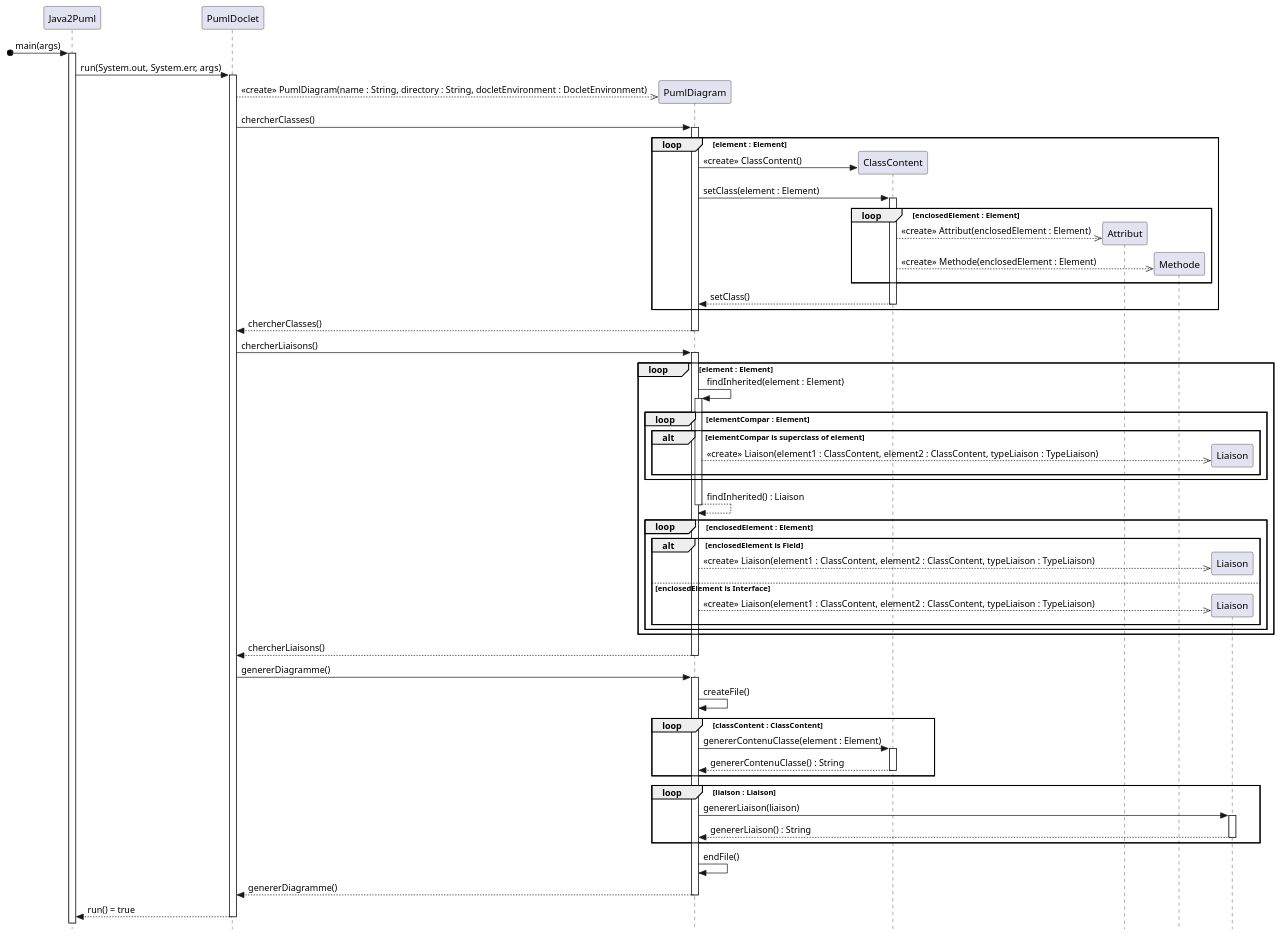
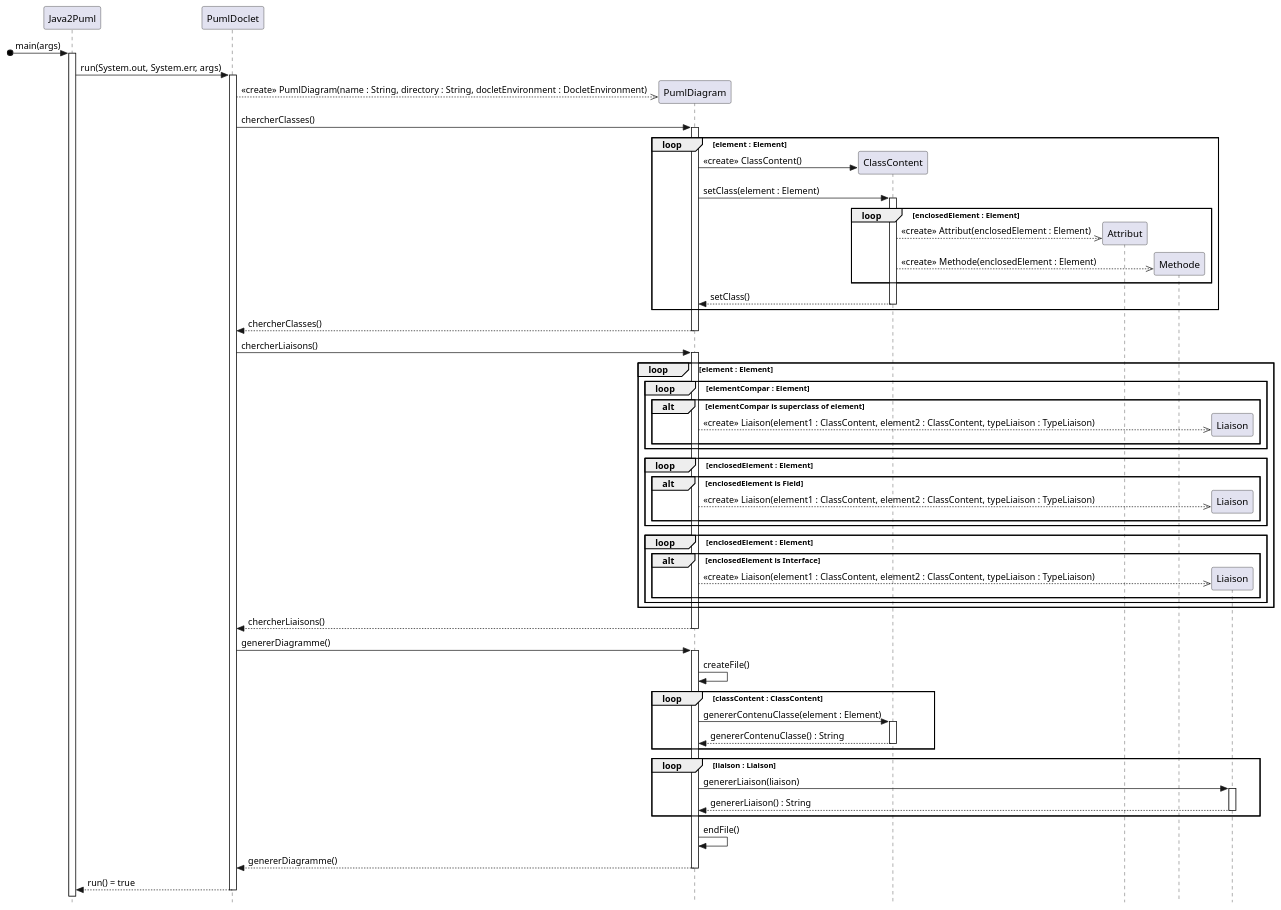
The diagram in uml/pumlFromJavaDS.puml (DimToups/Java-to-PUML-converter), drawn with PlantUML before and after one commit.

Commit message:
[Restructuration] correction du diagramme de séquence sur l'ajout des liaisons

```diff
--- a/uml/pumlFromJavaDS.puml
+++ b/uml/pumlFromJavaDS.puml
@@ -1,62 +1,63 @@
 @startuml
 'https://plantuml.com/sequence-diagram
 skinparam style strictuml
 hide footbox
 
 participant Java2Puml
 participant PumlDoclet
 participant PumlDiagram
 participant ClassContent
 participant Attribut
 participant Methode
 participant Liaison
 
 [o-> Java2Puml ++ : main(args)
 Java2Puml -> PumlDoclet ++ : run(System.out, System.err, args)
     PumlDoclet -->> PumlDiagram ** : <<create>> PumlDiagram(name : String, directory : String, docletEnvironment : DocletEnvironment)
     PumlDoclet -> PumlDiagram ++ : chercherClasses()
         loop element : Element
             PumlDiagram -> ClassContent ** : <<create>> ClassContent()
             PumlDiagram -> ClassContent ++ : setClass(element : Element)
                 loop enclosedElement : Element
                     ClassContent -->> Attribut ** : <<create>> Attribut(enclosedElement : Element)
                     ClassContent -->> Methode ** : <<create>> Methode(enclosedElement : Element)
                 end
             return setClass()
         end
     return chercherClasses()
 
     PumlDoclet -> PumlDiagram ++ : chercherLiaisons()
         loop element : Element
-            PumlDiagram -> PumlDiagram ++ : findInherited(element : Element)
-                loop elementCompar : Element
-                    alt elementCompar is superclass of element
-                        PumlDiagram -->> Liaison ** : <<create>> Liaison(element1 : ClassContent, element2 : ClassContent, typeLiaison : TypeLiaison)
-                    end
+            loop elementCompar : Element
+                alt elementCompar is superclass of element
+                    PumlDiagram -->> Liaison ** : <<create>> Liaison(element1 : ClassContent, element2 : ClassContent, typeLiaison : TypeLiaison)
                 end
-            return findInherited() : Liaison
+            end
             loop enclosedElement : Element
                 alt enclosedElement is Field
                     PumlDiagram -->> Liaison ** : <<create>> Liaison(element1 : ClassContent, element2 : ClassContent, typeLiaison : TypeLiaison)
-                else enclosedElement is Interface
+                end
+            end
+            loop enclosedElement : Element
+                alt enclosedElement is Interface
                     PumlDiagram -->> Liaison ** : <<create>> Liaison(element1 : ClassContent, element2 : ClassContent, typeLiaison : TypeLiaison)
                 end
             end
         end
     return chercherLiaisons()
 
     PumlDoclet -> PumlDiagram ++ : genererDiagramme()
         PumlDiagram -> PumlDiagram : createFile()
         loop classContent : ClassContent
             PumlDiagram -> ClassContent ++ : genererContenuClasse(element : Element)
             return genererContenuClasse() : String
         end
         loop liaison : Liaison
             PumlDiagram -> Liaison ++ : genererLiaison(liaison)
             return genererLiaison() : String
         end
         PumlDiagram -> PumlDiagram : endFile()
     return genererDiagramme()
 return run() = true
 
 @enduml
```
